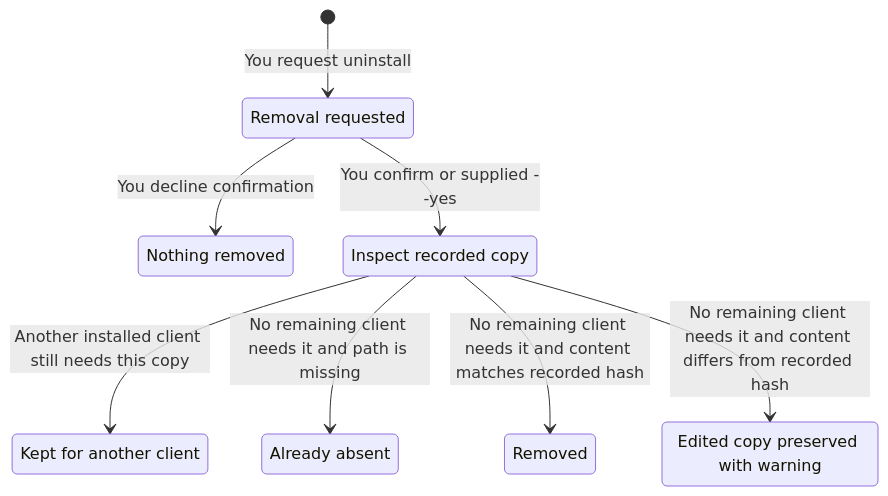
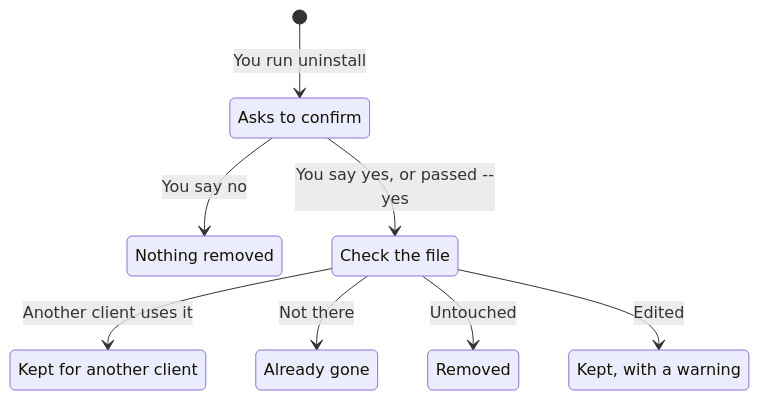
One commit to jvillegasd/harness changed the second of 2 diagrams in docs/installation.md. Above: the diagram before and after it, drawn with Mermaid. The commit also changed other lines of this file and 3 other files, not shown here.

First line of the commit message:
docs: shorten the Mermaid diagram labels (#182)

````diff
--- a/docs/installation.md
+++ b/docs/installation.md
@@ -110,18 +110,18 @@
 ```mermaid
 stateDiagram-v2
-    state "Removal requested" as Requested
+    state "Asks to confirm" as Requested
     state "Nothing removed" as Cancelled
-    state "Inspect recorded copy" as Inspect
+    state "Check the file" as Inspect
     state "Kept for another client" as Shared
-    state "Already absent" as Absent
+    state "Already gone" as Absent
     state "Removed" as Removed
-    state "Edited copy preserved with warning" as Preserved
+    state "Kept, with a warning" as Preserved
 
-    [*] --> Requested: You request uninstall
-    Requested --> Cancelled: You decline confirmation
-    Requested --> Inspect: You confirm or supplied --yes
-    Inspect --> Shared: Another installed client still needs this copy
-    Inspect --> Absent: No remaining client needs it and path is missing
-    Inspect --> Removed: No remaining client needs it and content matches recorded hash
-    Inspect --> Preserved: No remaining client needs it and content differs from recorded hash
+    [*] --> Requested: You run uninstall
+    Requested --> Cancelled: You say no
+    Requested --> Inspect: You say yes, or passed --yes
+    Inspect --> Shared: Another client uses it
+    Inspect --> Absent: Not there
+    Inspect --> Removed: Untouched
+    Inspect --> Preserved: Edited
 ```
````
